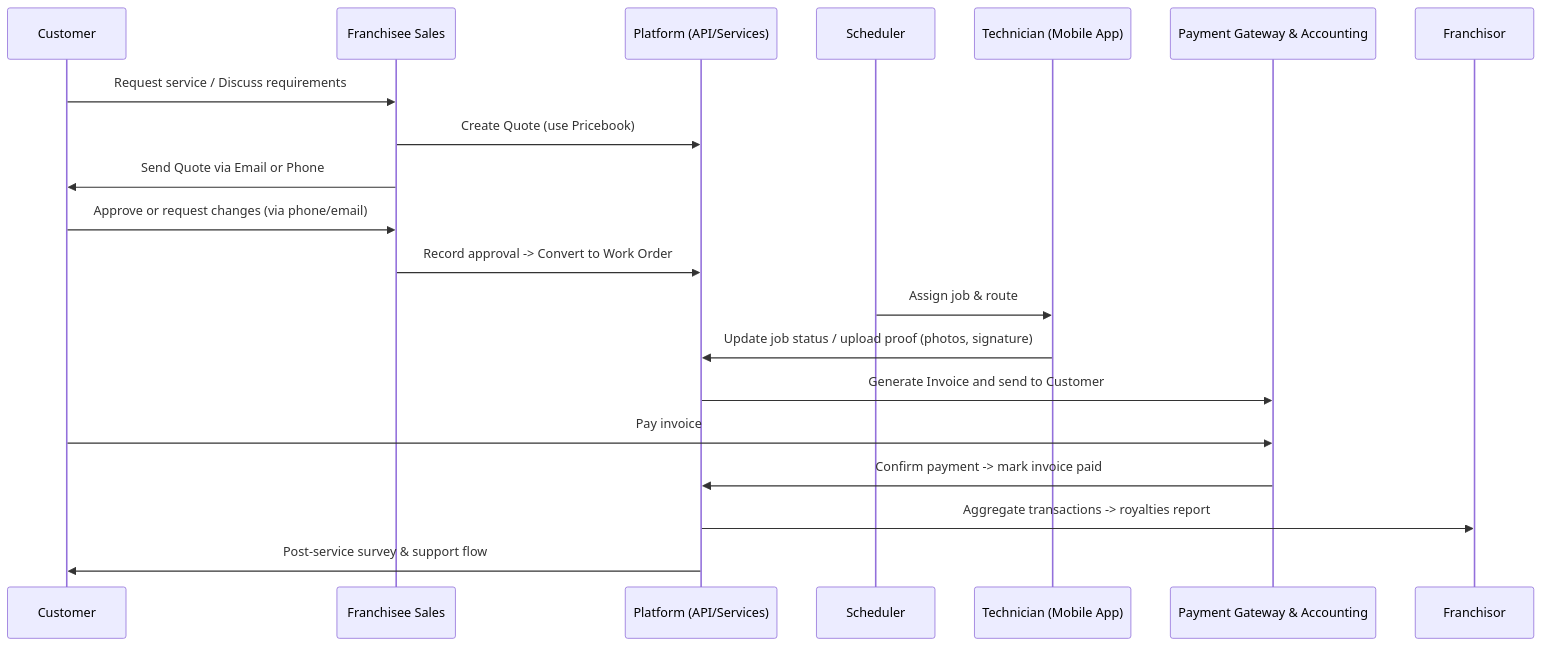
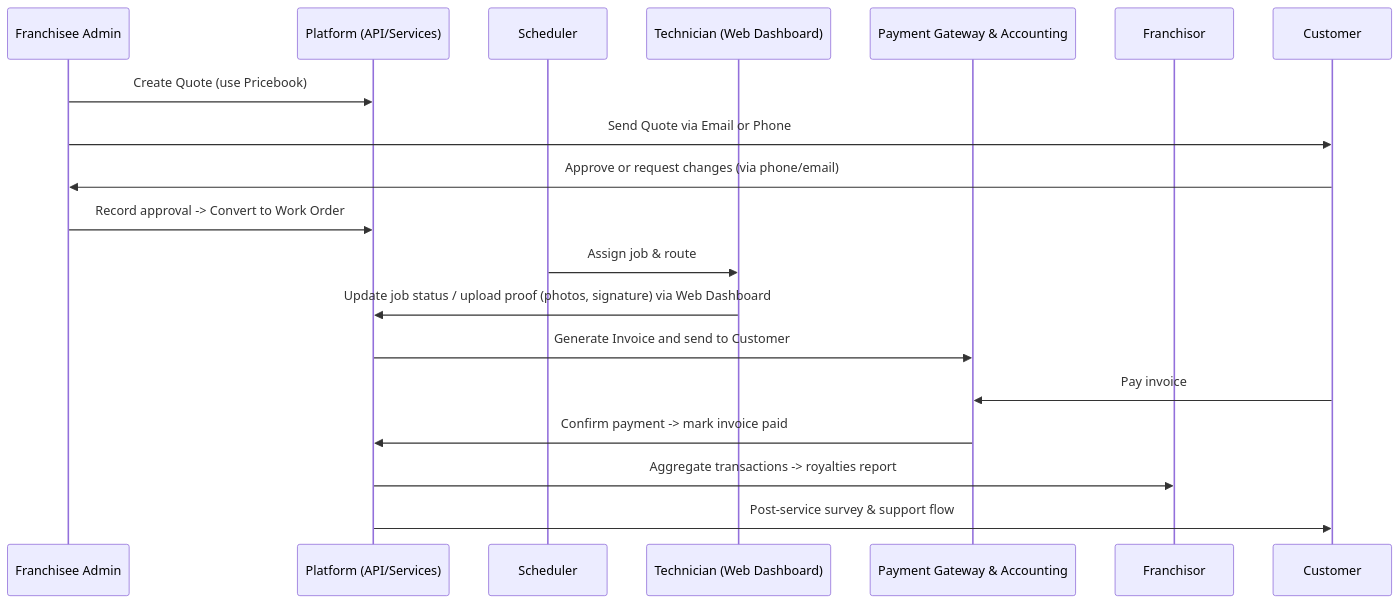
The second of 2 diagrams in [v2] Quotes/to_be.md (esleyalexanders/fms-product-management), drawn with Mermaid before and after one commit. The commit also changed other lines of this file and 15 other files, not shown here.

````diff
--- a/[v2] Quotes/to_be.md
+++ b/[v2] Quotes/to_be.md
@@ -43,23 +43,21 @@
 ```mermaid
 sequenceDiagram
-  participant Customer
-  participant Sales as Franchisee Sales
+  participant Admin as Franchisee Admin
   participant System as Platform (API/Services)
   participant Scheduler
-  participant Tech as Technician (Mobile App)
+  participant Tech as Technician (Web Dashboard)
   participant Billing as Payment Gateway & Accounting
   participant Franchisor
 
-  Customer->>Sales: Request service / Discuss requirements
-  Sales->>System: Create Quote (use Pricebook)
-  Sales->>Customer: Send Quote via Email or Phone
-  Customer->>Sales: Approve or request changes (via phone/email)
-  Sales->>System: Record approval -> Convert to Work Order
+  Admin->>System: Create Quote (use Pricebook)
+  Admin->>Customer: Send Quote via Email or Phone
+  Customer->>Admin: Approve or request changes (via phone/email)
+  Admin->>System: Record approval -> Convert to Work Order
   Scheduler->>Tech: Assign job & route
-  Tech->>System: Update job status / upload proof (photos, signature)
+  Tech->>System: Update job status / upload proof (photos, signature) via Web Dashboard
   System->>Billing: Generate Invoice and send to Customer
   Customer->>Billing: Pay invoice
   Billing->>System: Confirm payment -> mark invoice paid
   System->>Franchisor: Aggregate transactions -> royalties report
   System->>Customer: Post-service survey & support flow
 ```
````
